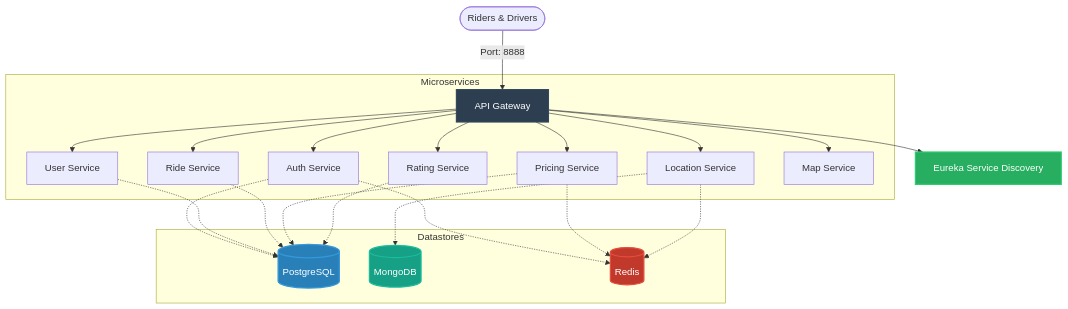
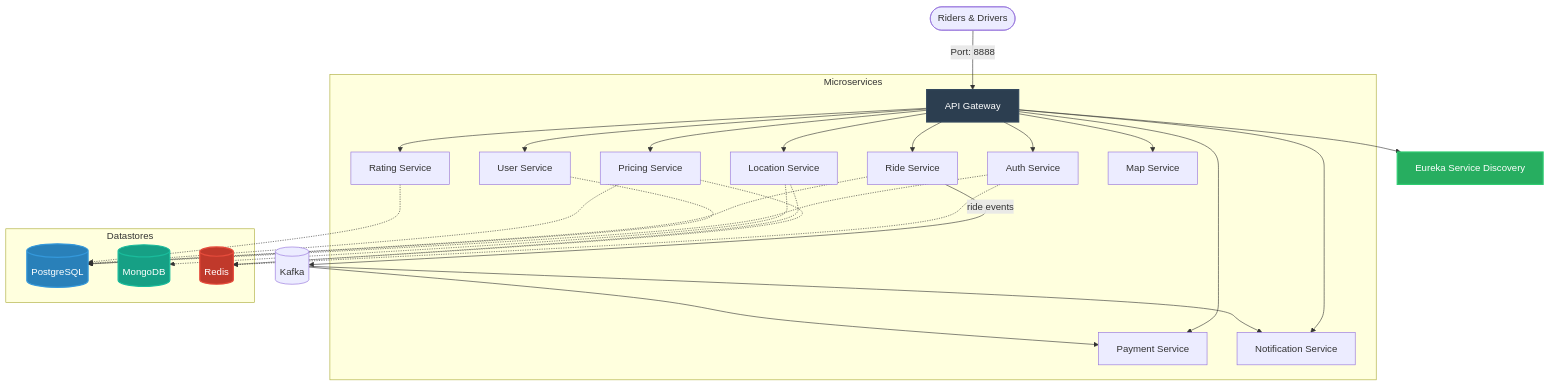
One commit to mohammedhany990/ridehailingsystem changed the diagram in README.md. Above: the diagram before and after it, drawn with Mermaid. The commit also changed other lines of this file and 4 other files, not shown here.

````diff
--- a/README.md
+++ b/README.md
@@ -11,35 +11,41 @@
 ```mermaid
 graph TD
     Client([Riders & Drivers]) -->|Port: 8888| Gateway[API Gateway]
     Gateway --> Discovery[Eureka Service Discovery]
     
     subgraph Microservices
         Gateway --> Auth[Auth Service]
         Gateway --> User[User Service]
         Gateway --> Ride[Ride Service]
         Gateway --> Location[Location Service]
         Gateway --> Pricing[Pricing Service]
         Gateway --> Rating[Rating Service]
         Gateway --> Map[Map Service]
+        Gateway --> Payment[Payment Service]
+        Gateway --> Notif[Notification Service]
     end
+    
+    Ride -->|ride events| Kafka[(Kafka)]
+    Kafka --> Payment
+    Kafka --> Notif
 
     subgraph Datastores
         Auth -.-> PG[(PostgreSQL)]
         User -.-> PG
         Ride -.-> PG
         Pricing -.-> PG
         Rating -.-> PG
         
         Location -.-> Mongo[(MongoDB)]
         
         Auth -.-> Cache[(Redis)]
         Pricing -.-> Cache
         Location -.-> Cache
     end
 
     style Gateway fill:#2c3e50,stroke:#34495e,stroke-width:2px,color:#fff
     style Discovery fill:#27ae60,stroke:#2ecc71,stroke-width:2px,color:#fff
     style PG fill:#2980b9,stroke:#3498db,stroke-width:2px,color:#fff
     style Mongo fill:#16a085,stroke:#1abc9c,stroke-width:2px,color:#fff
     style Cache fill:#c0392b,stroke:#e74c3c,stroke-width:2px,color:#fff
 ```
````
